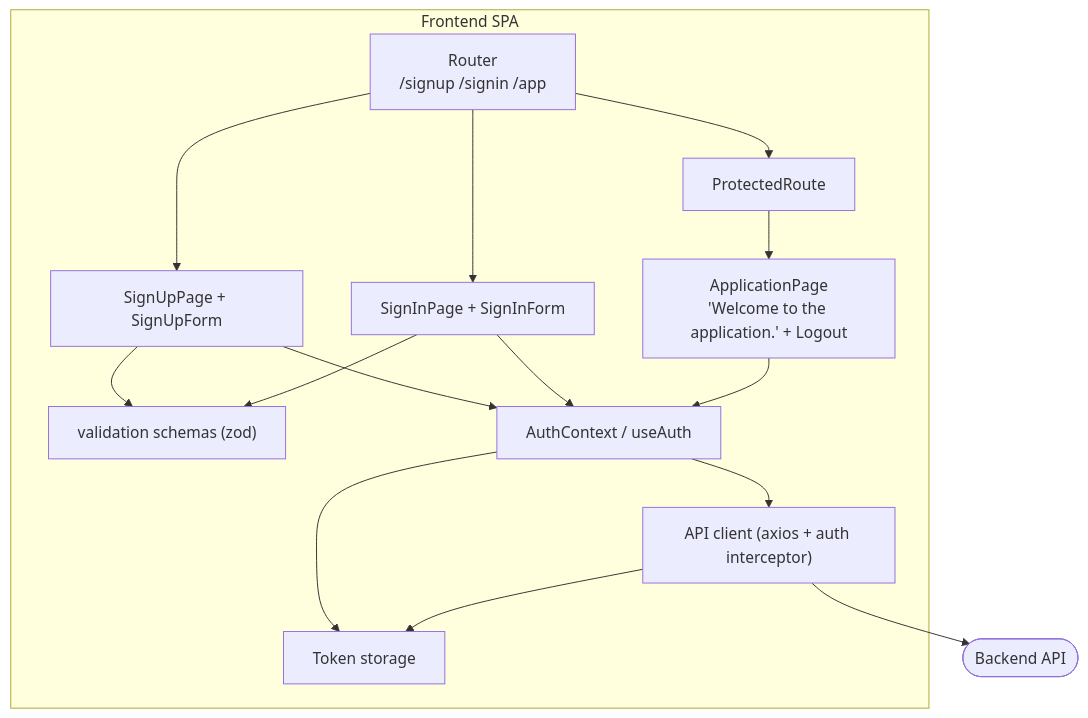
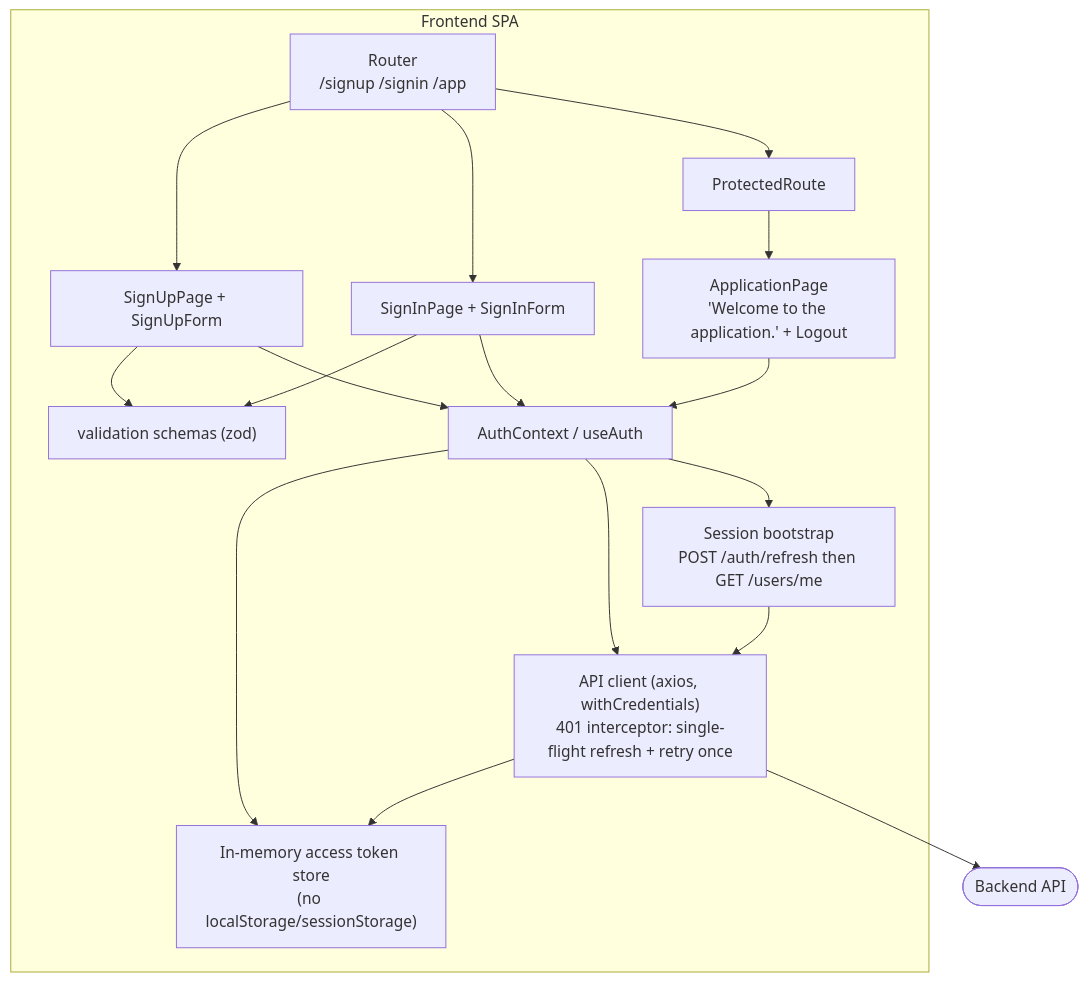
Before and after one commit to Rowan-habashy/easyGenerator-auth: the second of 2 diagrams in docs/architecture/c3-component.md, drawn with Mermaid. The commit also changed other lines of this file and 5 other files, not shown here.

````diff
--- a/docs/architecture/c3-component.md
+++ b/docs/architecture/c3-component.md
@@ -45,23 +52,25 @@
 ```mermaid
 flowchart TB
     subgraph spa[Frontend SPA]
         router["Router<br/>/signup /signin /app"]
         pr["ProtectedRoute"]
         su["SignUpPage + SignUpForm"]
         si["SignInPage + SignInForm"]
         app["ApplicationPage<br/>'Welcome to the application.' + Logout"]
         val["validation schemas (zod)"]
         ctx["AuthContext / useAuth"]
-        http["API client (axios + auth interceptor)"]
-        store["Token storage"]
+        http["API client (axios, withCredentials)<br/>401 interceptor: single-flight refresh + retry once"]
+        store["In-memory access token store<br/>(no localStorage/sessionStorage)"]
+        boot["Session bootstrap<br/>POST /auth/refresh then GET /users/me"]
     end
     api([Backend API])
 
     router --> su & si
     router --> pr --> app
     su & si --> val
     su & si --> ctx --> http --> api
     ctx --> store
     http --> store
+    ctx --> boot --> http
     app --> ctx
 ```
````
